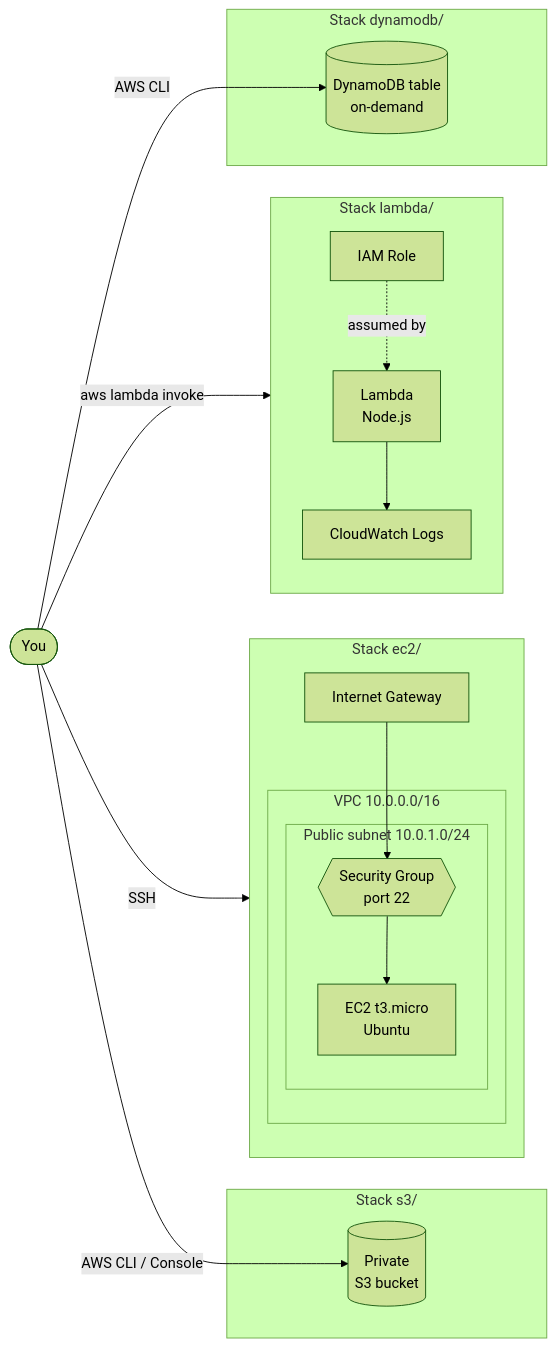
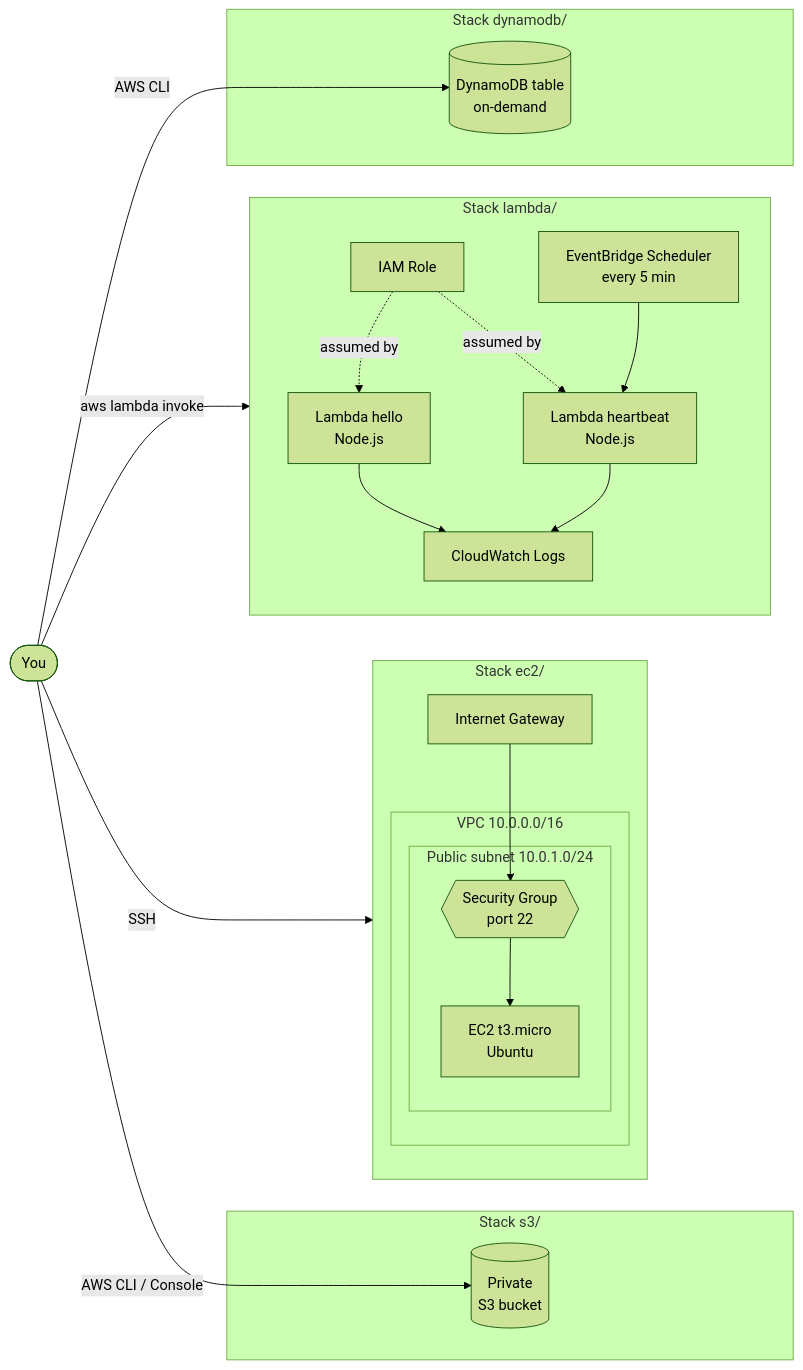
One commit to lubjr/learn-terraform-with-aws changed the diagram in README.md. Above: the diagram before and after it, drawn with Mermaid (forest theme). The commit also changed other lines of this file and 10 other files, not shown here.

Commit message:
feat: add scheduled heartbeat lambda with eventbridge scheduler

````diff
--- a/README.md
+++ b/README.md
@@ -21,38 +22,43 @@
 ```mermaid
 flowchart LR
     user([You])
 
     subgraph ec2stack["Stack ec2/"]
         direction TB
         igw[Internet Gateway]
         subgraph vpc["VPC 10.0.0.0/16"]
             subgraph subnet["Public subnet 10.0.1.0/24"]
                 sg{{Security Group<br/>port 22}}
                 ec2[EC2 t3.micro<br/>Ubuntu]
             end
         end
         igw --> sg --> ec2
     end
 
     subgraph s3stack["Stack s3/"]
         bucket[(Private<br/>S3 bucket)]
     end
 
     subgraph lambdastack["Stack lambda/"]
         direction TB
-        fn[Lambda<br/>Node.js]
+        hello[Lambda hello<br/>Node.js]
+        heartbeat[Lambda heartbeat<br/>Node.js]
+        scheduler[EventBridge Scheduler<br/>every 5 min]
         role[IAM Role]
         logs[CloudWatch Logs]
-        role -. assumed by .-> fn
-        fn --> logs
+        role -. assumed by .-> hello
+        role -. assumed by .-> heartbeat
+        scheduler --> heartbeat
+        hello --> logs
+        heartbeat --> logs
     end
 
     subgraph dynamodbstack["Stack dynamodb/"]
         table[(DynamoDB table<br/>on-demand)]
     end
 
     user -- SSH --> igw
     user -- AWS CLI / Console --> bucket
-    user -- aws lambda invoke --> fn
+    user -- aws lambda invoke --> hello
     user -- AWS CLI --> table
 ```
````
